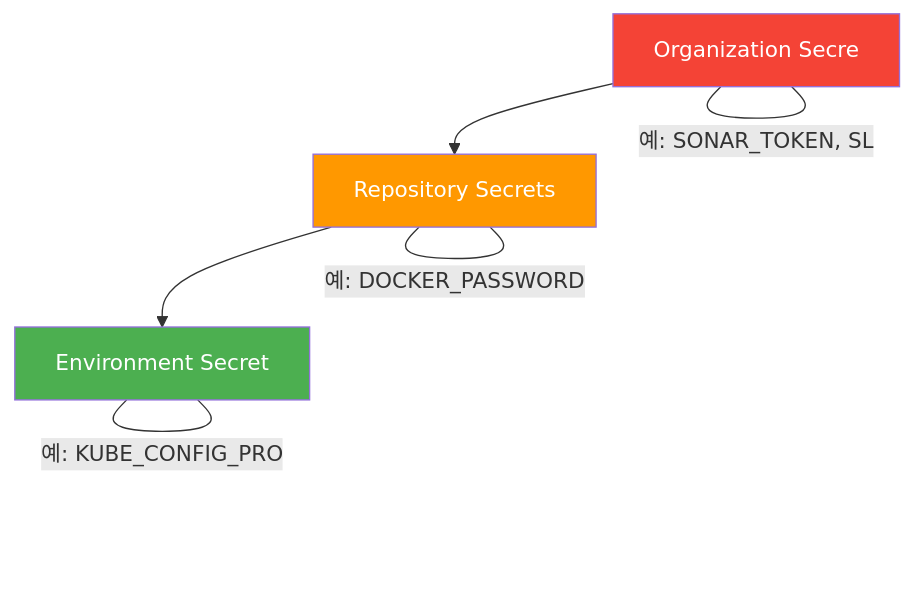
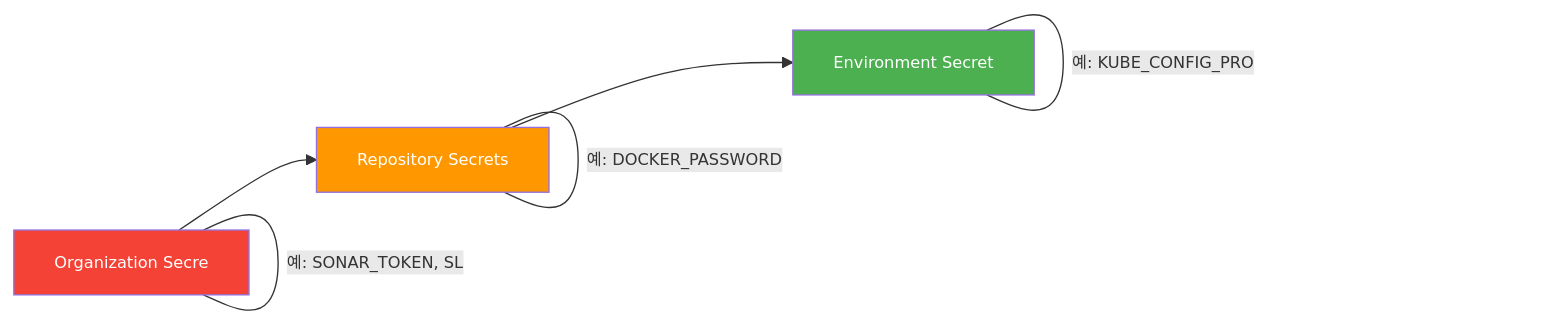
The fifth of 5 diagrams in _posts/cicd/2026-05-03-github-actions-deep.md (yjkim2015/yjkim2015.github.io), drawn with Mermaid before and after one commit. The commit also changed other lines of this file and 164 other files, not shown here.

First line of the commit message:
Mermaid 렌더링 크기 축소: fontSize 12px, nodePadding 4px

````diff
--- a/_posts/cicd/2026-05-03-github-actions-deep.md
+++ b/_posts/cicd/2026-05-03-github-actions-deep.md
@@ -593,13 +597,14 @@
 ```mermaid
-graph TB
+%%{init: {'theme': 'default', 'themeVariables': {'fontSize': '12px', 'nodePadding': '4px'}} }%%
+graph LR
     ORG["Organization Secre"]
     REPO["Repository Secrets"]
     ENV["Environment Secret"]
     ORG --> REPO --> ENV
     ORG ---|"예: SONAR_TOKEN, SL"| ORG
     REPO ---|"예: DOCKER_PASSWORD"| REPO
     ENV ---|"예: KUBE_CONFIG_PRO"| ENV
     style ENV fill:#4CAF50,color:#fff
     style REPO fill:#FF9800,color:#fff
     style ORG fill:#F44336,color:#fff
 ```
````
